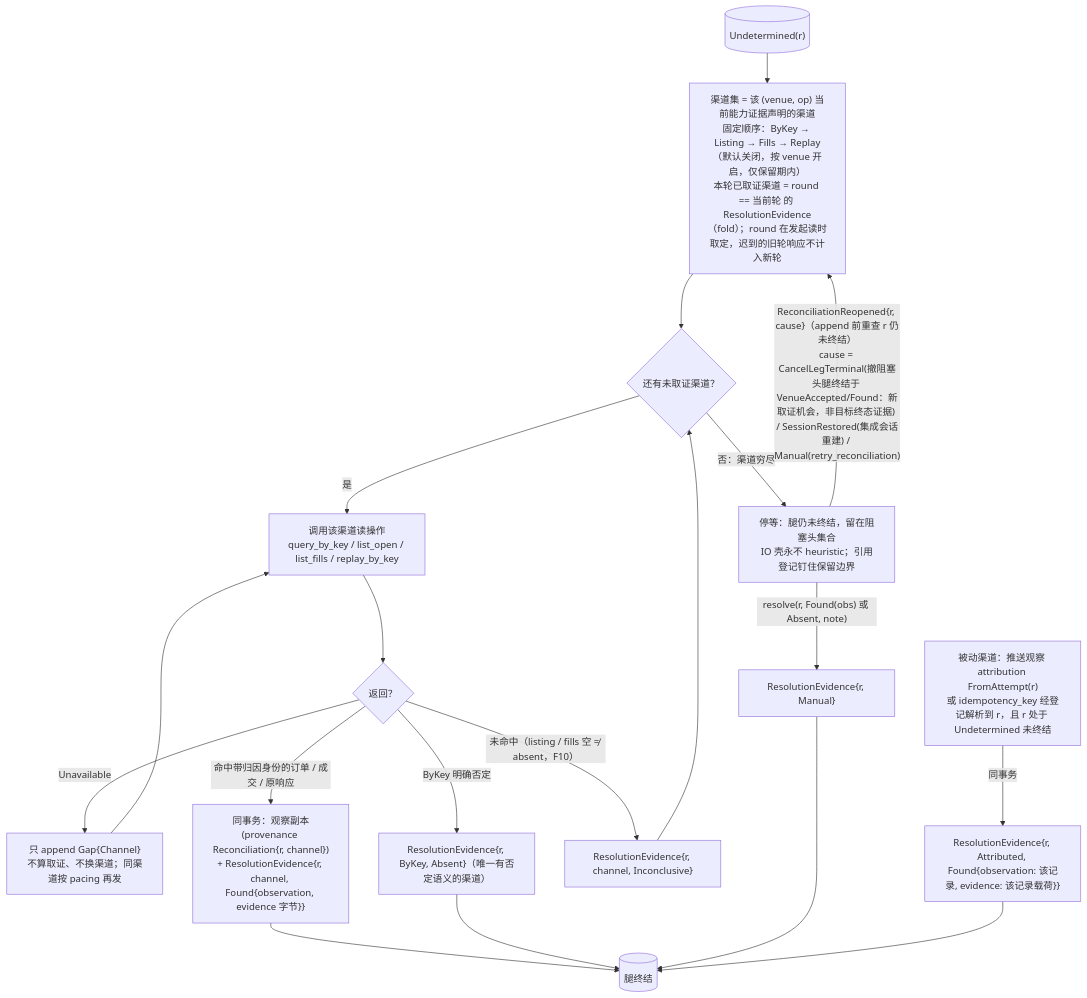
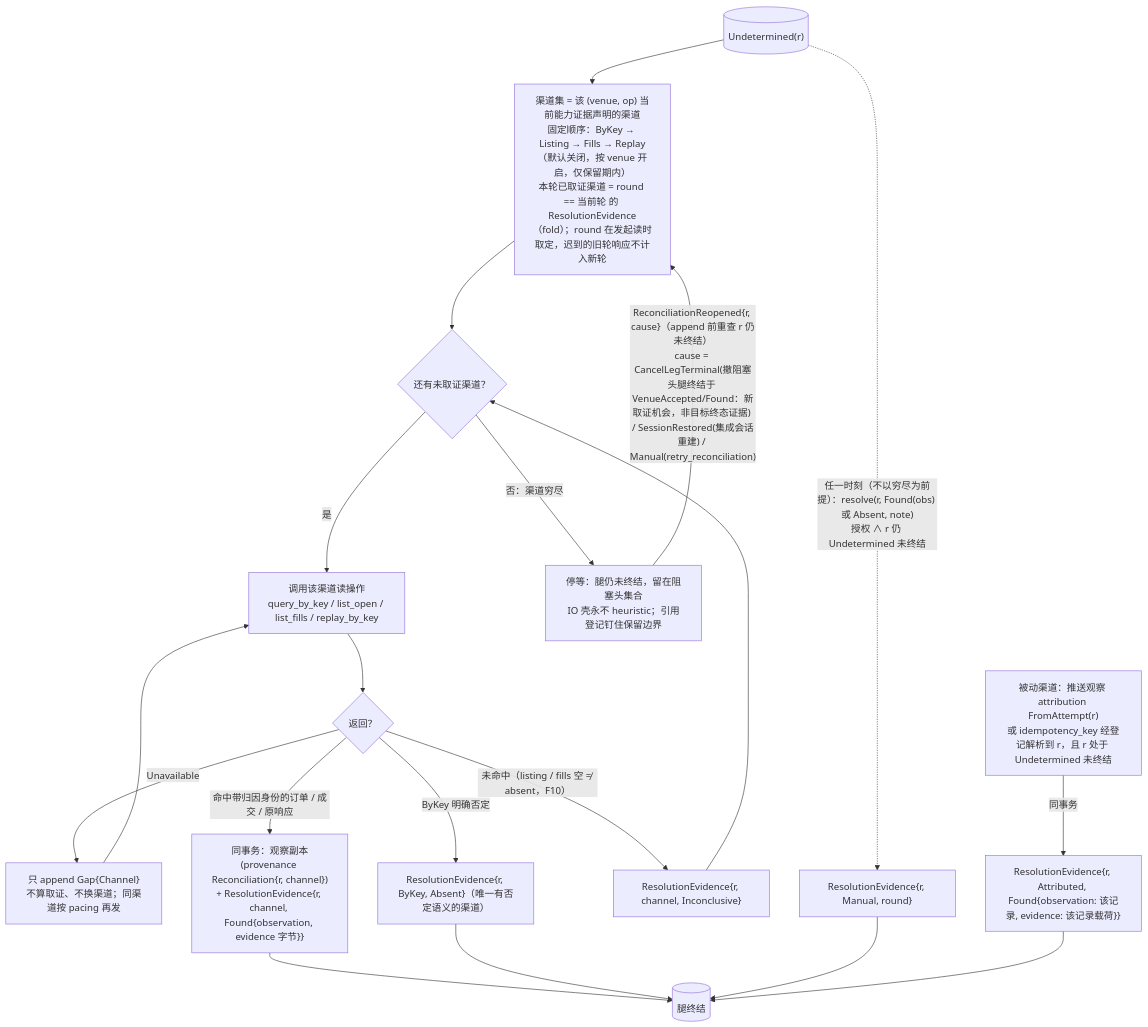
Before and after one commit to mouriya-s-lab/uta: the second of 7 diagrams in design/diagrams/06-io-shell-attempt.md, drawn with Mermaid. The commit also changed other lines of this file and 10 other files, not shown here.

````diff
--- a/design/diagrams/06-io-shell-attempt.md
+++ b/design/diagrams/06-io-shell-attempt.md
@@ -54,22 +54,22 @@
 ```mermaid
 flowchart TB
   UD[("Undetermined(r)")]
   UD --> CH0["渠道集 = 该 (venue, op) 当前能力证据声明的渠道<br/>固定顺序：ByKey → Listing → Fills → Replay（默认关闭，按 venue 开启，仅保留期内）<br/>本轮已取证渠道 = round == 当前轮 的 ResolutionEvidence（fold）；round 在发起读时取定，迟到的旧轮响应不计入新轮"]
   CH0 --> NEXT{"还有未取证渠道？"}
   NEXT -->|"是"| CALL["调用该渠道读操作<br/>query_by_key / list_open / list_fills / replay_by_key"]
   CALL --> RES{"返回？"}
   RES -->|"Unavailable"| GAP["只 append Gap{Channel}<br/>不算取证、不换渠道；同渠道按 pacing 再发"]
   GAP --> CALL
   RES -->|"命中带归因身份的订单 / 成交 / 原响应"| FOUND["同事务：观察副本(provenance Reconciliation{r, channel})<br/>+ ResolutionEvidence{r, channel, Found{observation, evidence 字节}}"]
   RES -->|"ByKey 明确否定"| ABS["ResolutionEvidence{r, ByKey, Absent}（唯一有否定语义的渠道）"]
   RES -->|"未命中（listing / fills 空 ≠ absent，F10）"| INC["ResolutionEvidence{r, channel, Inconclusive}"]
   INC --> NEXT
   NEXT -->|"否：渠道穷尽"| WAIT["停等：腿仍未终结，留在阻塞头集合<br/>IO 壳永不 heuristic；引用登记钉住保留边界"]
-  WAIT -->|"resolve(r, Found(obs) 或 Absent, note)"| MAN["ResolutionEvidence{r, Manual}"]
+  UD -.->|"任一时刻（不以穷尽为前提）：resolve(r, Found(obs) 或 Absent, note)<br/>授权 ∧ r 仍 Undetermined 未终结"| MAN["ResolutionEvidence{r, Manual, round}"]
   WAIT -->|"ReconciliationReopened{r, cause}（append 前重查 r 仍未终结）<br/>cause = CancelLegTerminal(撤阻塞头腿终结于 VenueAccepted/Found：新取证机会，非目标终态证据) / SessionRestored(集成会话重建) / Manual(retry_reconciliation)"| CH0
   ATTR["被动渠道：推送观察 attribution FromAttempt(r)<br/>或 idempotency_key 经登记解析到 r，且 r 处于 Undetermined 未终结"] -->|"同事务"| ATT["ResolutionEvidence{r, Attributed, Found{observation: 该记录, evidence: 该记录载荷}}"]
   FOUND --> RS[("腿终结")]
   ABS --> RS
   MAN --> RS
   ATT --> RS
 ```
````
